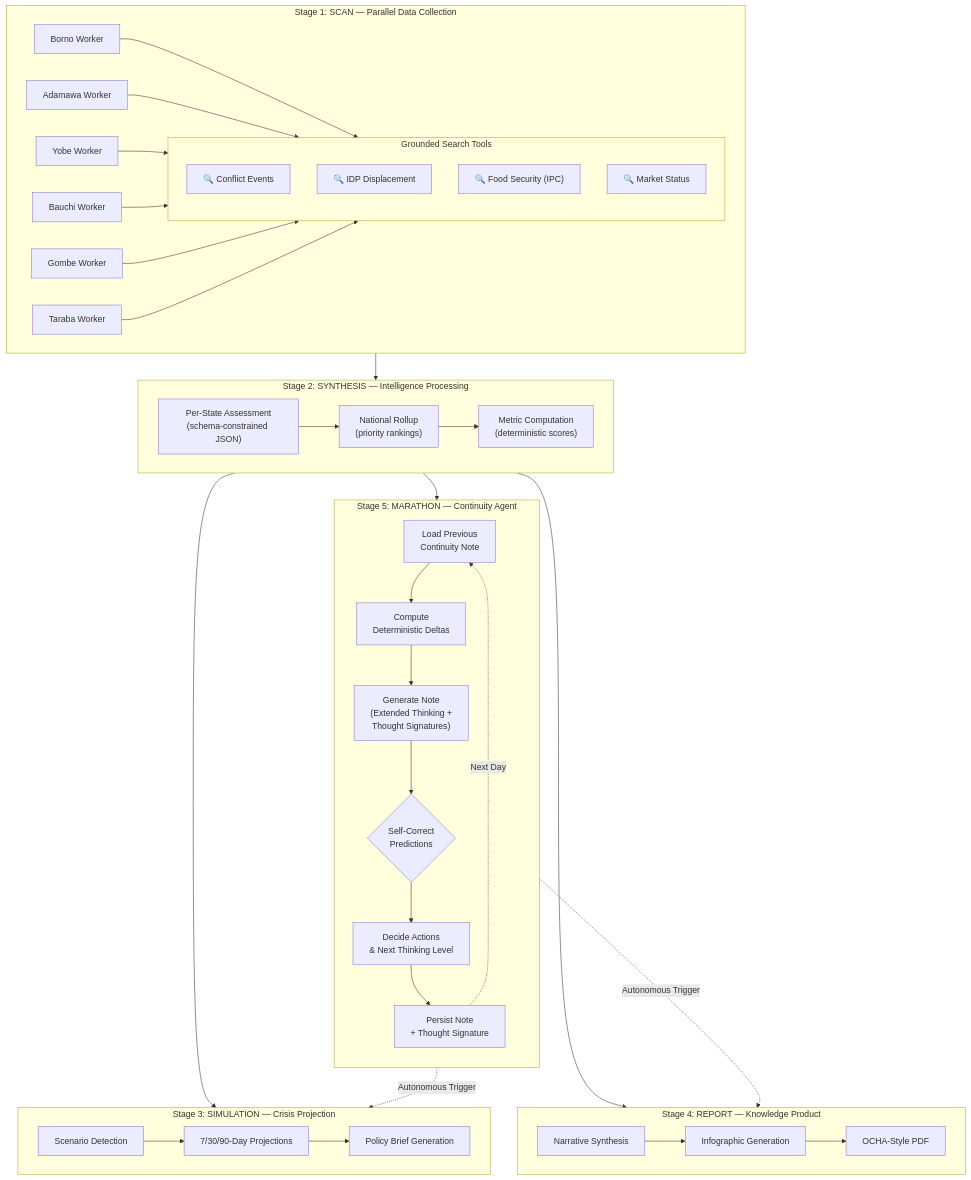
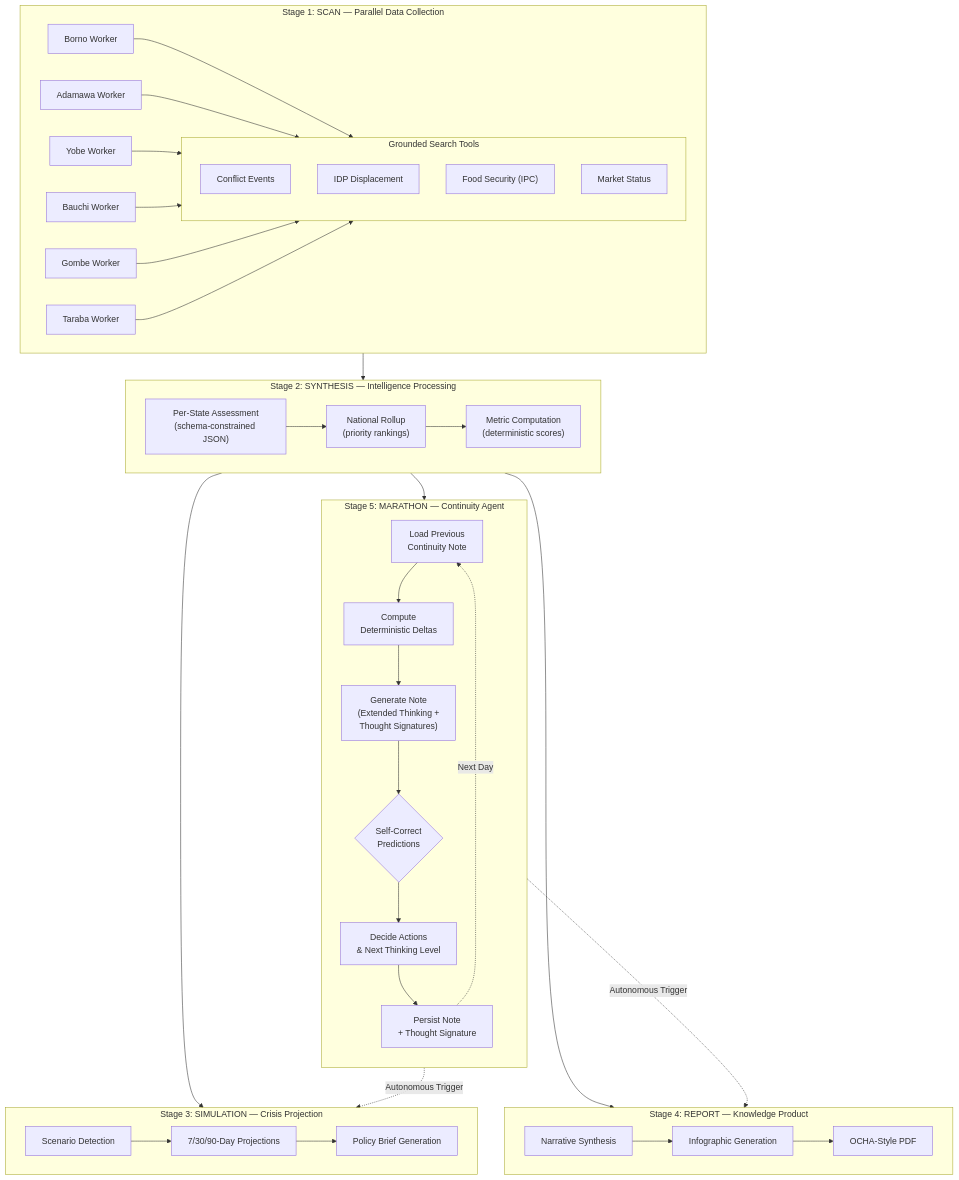
The first of 2 diagrams in README.md (Queen-codes/farma), drawn with Mermaid before and after one commit. The commit also changed other lines of this file and 2 other files, not shown here.

````diff
--- a/README.md
+++ b/README.md
@@ -79,60 +79,60 @@
 ```mermaid
 flowchart TB
     subgraph SCAN["Stage 1: SCAN — Parallel Data Collection"]
         direction LR
         S1[Borno Worker] & S2[Adamawa Worker] & S3[Yobe Worker] & S4[Bauchi Worker] & S5[Gombe Worker] & S6[Taraba Worker]
 
         subgraph TOOLS["Grounded Search Tools"]
-            T1["🔍 Conflict Events"]
-            T2["🔍 IDP Displacement"]
-            T3["🔍 Food Security (IPC)"]
-            T4["🔍 Market Status"]
+            T1["Conflict Events"]
+            T2["IDP Displacement"]
+            T3["Food Security (IPC)"]
+            T4["Market Status"]
         end
 
         S1 & S2 & S3 & S4 & S5 & S6 --> TOOLS
     end
 
     subgraph SYNTH["Stage 2: SYNTHESIS — Intelligence Processing"]
         direction LR
         A1["Per-State Assessment\n(schema-constrained JSON)"]
         A2["National Rollup\n(priority rankings)"]
         A3["Metric Computation\n(deterministic scores)"]
         A1 --> A2 --> A3
     end
 
     subgraph SIM["Stage 3: SIMULATION — Crisis Projection"]
         direction LR
         P1["Scenario Detection"]
         P2["7/30/90-Day Projections"]
         P3["Policy Brief Generation"]
         P1 --> P2 --> P3
     end
 
     subgraph REPORT["Stage 4: REPORT — Knowledge Product"]
         direction LR
         R1["Narrative Synthesis"]
         R2["Infographic Generation"]
         R3["OCHA-Style PDF"]
         R1 --> R2 --> R3
     end
 
     subgraph MARATHON["Stage 5: MARATHON — Continuity Agent"]
         direction TB
         M1["Load Previous\nContinuity Note"]
         M2["Compute\nDeterministic Deltas"]
         M3["Generate Note\n(Extended Thinking +\nThought Signatures)"]
         M4{"Self-Correct\nPredictions"}
         M5["Decide Actions\n& Next Thinking Level"]
         M6["Persist Note\n+ Thought Signature"]
 
         M1 --> M2 --> M3 --> M4 --> M5 --> M6
         M6 -.->|"Next Day"| M1
     end
 
     SCAN --> SYNTH
     SYNTH --> SIM
     SYNTH --> REPORT
     SYNTH --> MARATHON
     MARATHON -.->|"Autonomous Trigger"| SIM
     MARATHON -.->|"Autonomous Trigger"| REPORT
 ```
````
